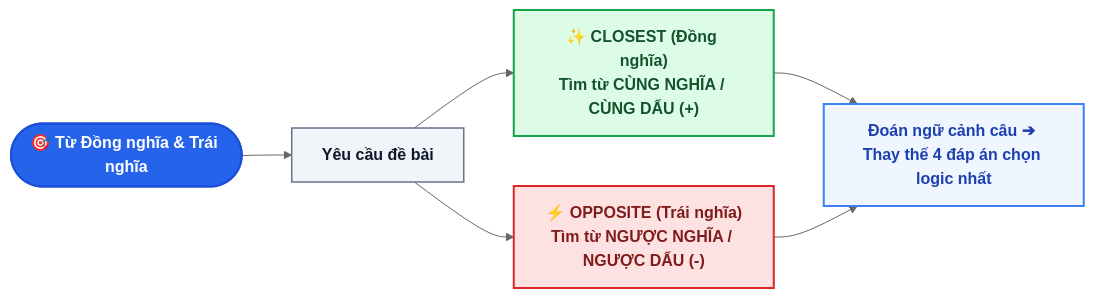
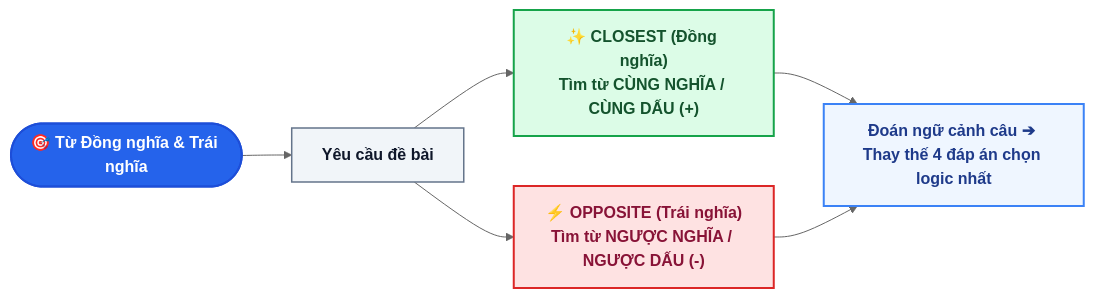
The diagram in EnglishDocs/chuyen_de_3_dong_nghia_trai_nghia_mastery.md (tuankiet2510/Grade10Entrance), drawn with Mermaid (neutral theme) before and after one commit. The commit also changed other lines of this file and 64 other files, not shown here.

````diff
--- a/EnglishDocs/chuyen_de_3_dong_nghia_trai_nghia_mastery.md
+++ b/EnglishDocs/chuyen_de_3_dong_nghia_trai_nghia_mastery.md
@@ -11,15 +12,15 @@
 ```mermaid
 flowchart LR
     A(["🎯 Từ Đồng nghĩa & Trái nghĩa"]) --> B["Yêu cầu đề bài"]
     B --> C["✨ CLOSEST (Đồng nghĩa)<br/>Tìm từ CÙNG NGHĨA / CÙNG DẤU (+)"]
     B --> D["⚡ OPPOSITE (Trái nghĩa)<br/>Tìm từ NGƯỢC NGHĨA / NGƯỢC DẤU (-)"]
     
     C --> E["Đoán ngữ cảnh câu ➔ Thay thế 4 đáp án chọn logic nhất"]
     D --> E
     
     style A fill:#2563eb,stroke:#1d4ed8,stroke-width:2px,color:#ffffff,font-weight:bold
     style B fill:#f1f5f9,stroke:#64748b,stroke-width:1.5px,color:#0f172a,font-weight:bold
     style C fill:#dcfce7,stroke:#16a34a,stroke-width:2px,color:#14532d,font-weight:bold
-    style D fill:#fee2e2,stroke:#dc2626,stroke-width:2px,color:#7f1d1d,font-weight:bold
-    style E fill:#eff6ff,stroke:#3b82f6,stroke-width:2px,color:#1e40af,font-weight:bold
+    style D fill:#fee2e2,stroke:#dc2626,stroke-width:2px,color:#881337,font-weight:bold
+    style E fill:#eff6ff,stroke:#3b82f6,stroke-width:2px,color:#1e3a8a,font-weight:bold
 ```
````
